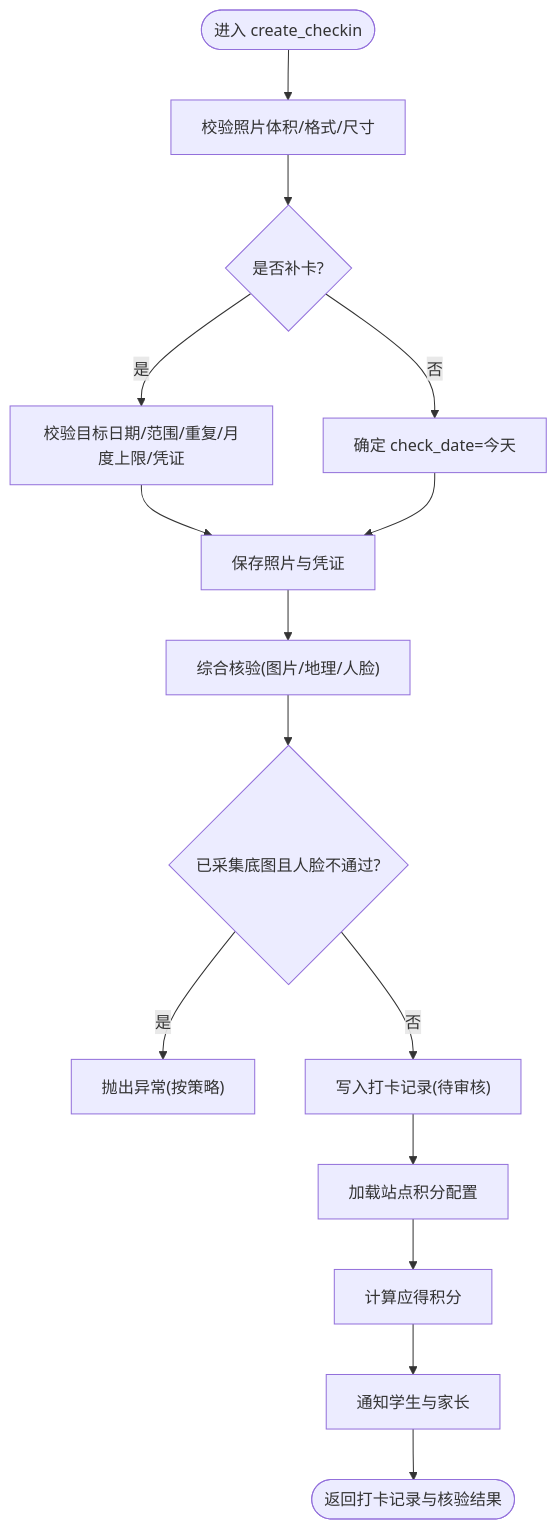
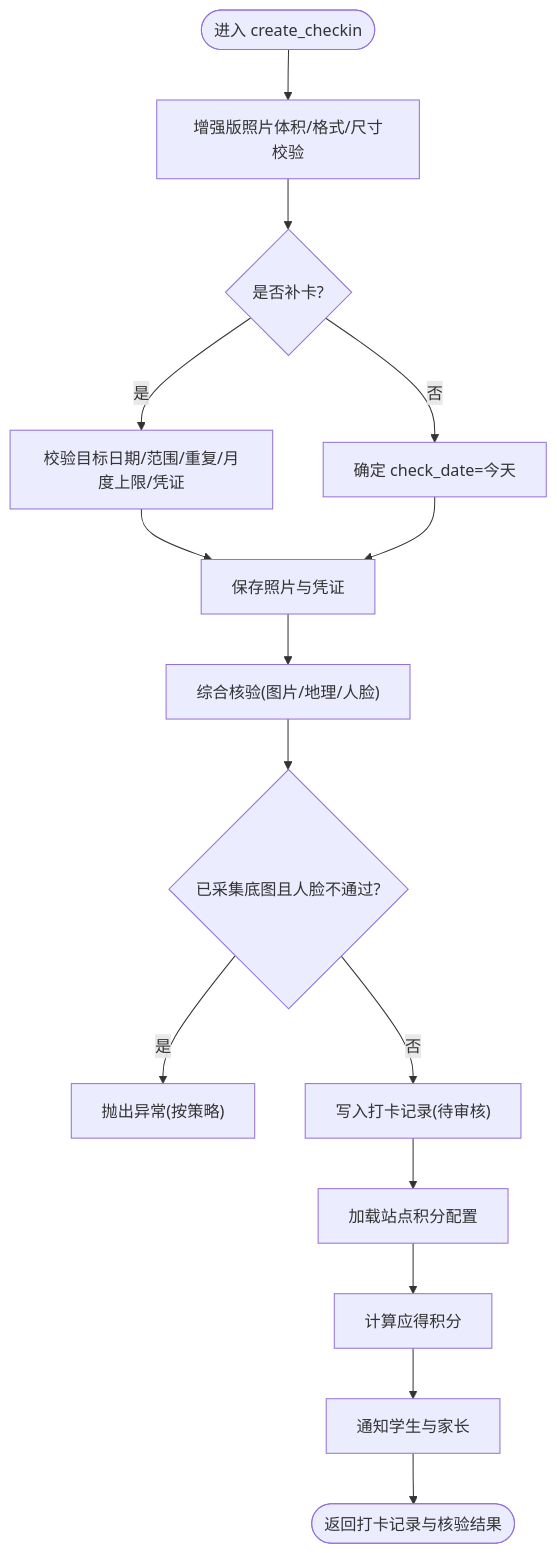
One commit to onebody/homework changed the third of 5 diagrams in .qoder/repowiki/zh/content/暑假作业打卡系统/后端服务架构/服务层架构/打卡服务.md. Above: the diagram before and after it, drawn with Mermaid. The commit also changed other lines of this file and 35 other files, not shown here.

````diff
--- a/.qoder/repowiki/zh/content/暑假作业打卡系统/后端服务架构/服务层架构/打卡服务.md
+++ b/.qoder/repowiki/zh/content/暑假作业打卡系统/后端服务架构/服务层架构/打卡服务.md
@@ -202,17 +203,17 @@
 ```mermaid
 flowchart TD
-Start(["进入 create_checkin"]) --> PhotoCheck["校验照片体积/格式/尺寸"]
+Start(["进入 create_checkin"]) --> PhotoCheck["增强版照片体积/格式/尺寸校验"]
 PhotoCheck --> Type{"是否补卡?"}
 Type --> |是| MakeupRules["校验目标日期/范围/重复/月度上限/凭证"]
 Type --> |否| NormalDate["确定 check_date=今天"]
 MakeupRules --> SaveFiles["保存照片与凭证"]
 NormalDate --> SaveFiles
 SaveFiles --> Verify["综合核验(图片/地理/人脸)"]
 Verify --> FacePolicy{"已采集底图且人脸不通过?"}
 FacePolicy --> |是| Reject["抛出异常(按策略)"]
 FacePolicy --> |否| Persist["写入打卡记录(待审核)"]
 Persist --> LoadConfig["加载站点积分配置"]
 LoadConfig --> CalculatePoints["计算应得积分"]
 CalculatePoints --> Notify["通知学生与家长"]
 Notify --> End(["返回打卡记录与核验结果"])
 ```
````
